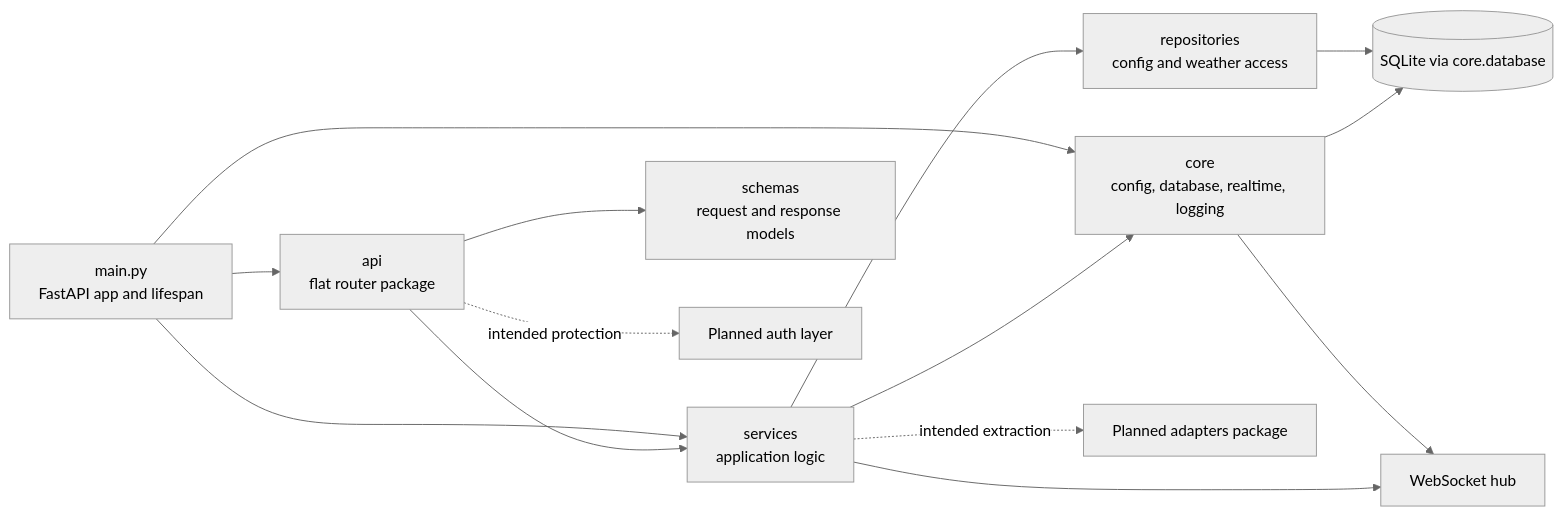
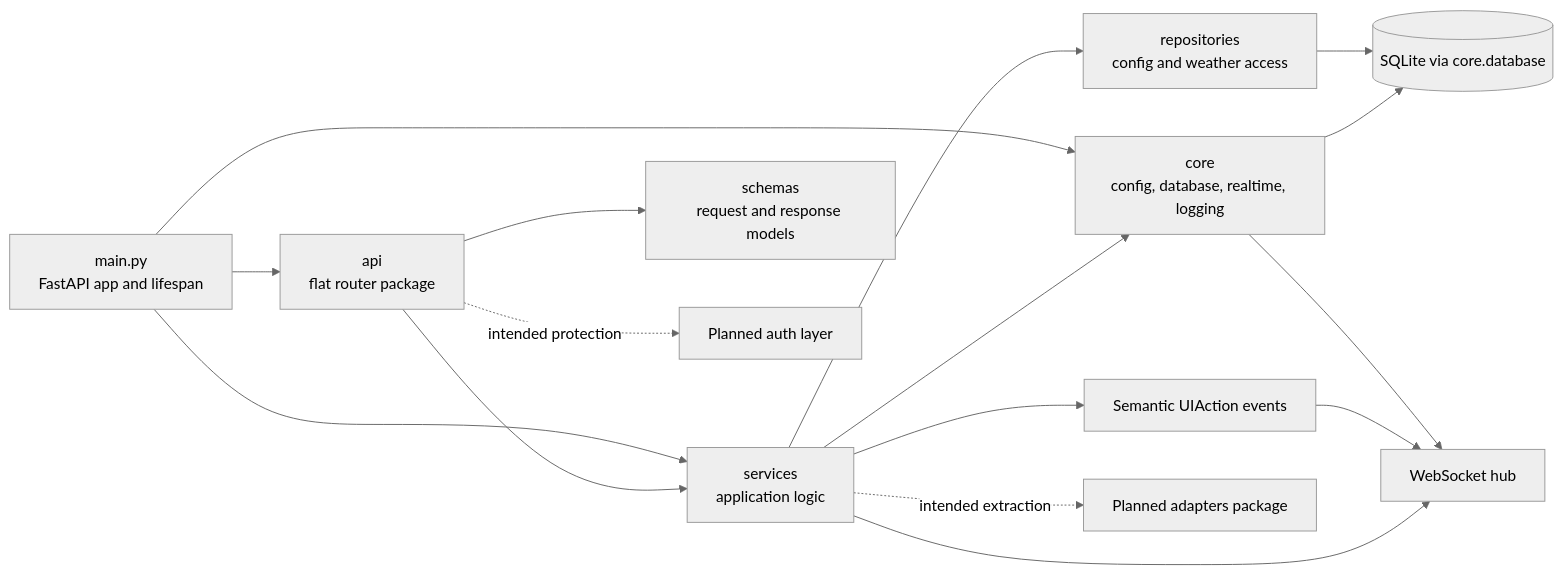
Before and after one commit to SebastianRieger/Software-Engineering: the diagram in Backend/src/backendArch.md, drawn with Mermaid (neutral theme). The commit also changed other lines of this file and 30 other files, not shown here.

````diff
--- a/Backend/src/backendArch.md
+++ b/Backend/src/backendArch.md
@@ -66,27 +66,30 @@
 ```mermaid
 flowchart LR
     Main[main.py\nFastAPI app and lifespan]
     API[api\nflat router package]
     Core[core\nconfig, database, realtime, logging]
     Services[services\napplication logic]
     Repos[repositories\nconfig and weather access]
     Schemas[schemas\nrequest and response models]
     DB[(SQLite via core.database)]
     WS[WebSocket hub]
+    Actions[Semantic UIAction events]
     PlannedAdapters[Planned adapters package]
     PlannedAuth[Planned auth layer]
 
     Main --> API
     Main --> Core
     Main --> Services
     API --> Schemas
     API --> Services
     Services --> Repos
     Services --> Core
+    Services --> Actions
     Repos --> DB
     Core --> DB
     Core --> WS
+    Actions --> WS
     Services --> WS
     Services -. intended extraction .-> PlannedAdapters
     API -. intended protection .-> PlannedAuth
 ```
````
